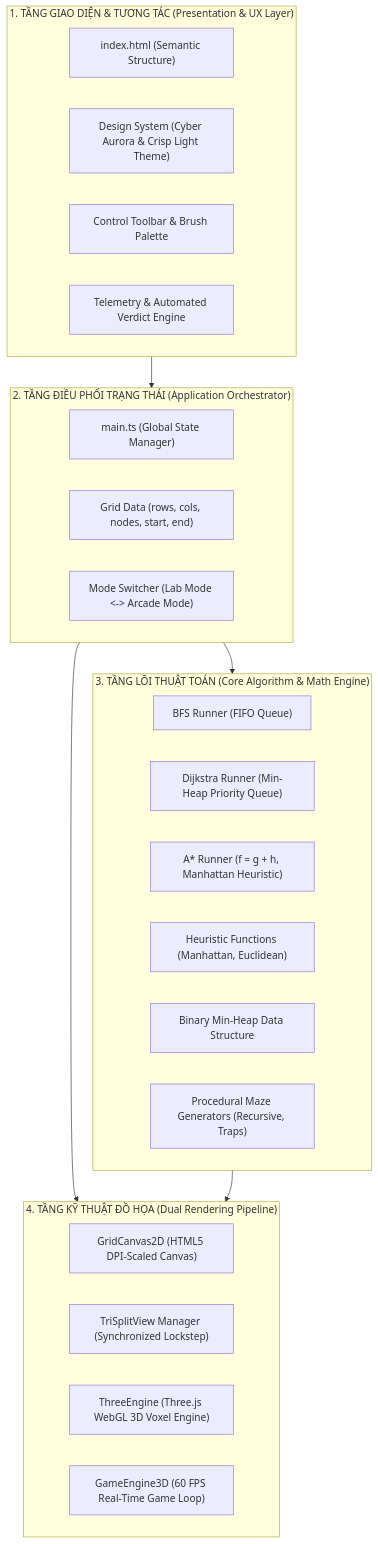
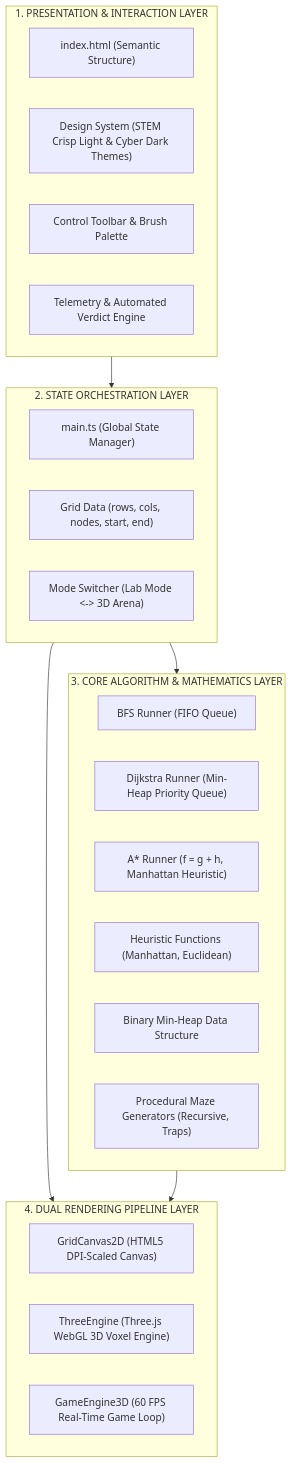
Before and after one commit to minhduc01168/pathfinding-visualizer-3d: the diagram in docs/01_SYSTEM_ARCHITECTURE.md, drawn with Mermaid. The commit also changed 1 other file, not shown here.

Commit message:
docs: standardize Mermaid diagrams to English and fix rendering syntax errors

````diff
--- a/docs/01_SYSTEM_ARCHITECTURE.md
+++ b/docs/01_SYSTEM_ARCHITECTURE.md
@@ -30,36 +30,35 @@
 ```mermaid
-graph TD
-    subgraph UI_Layer["1. TẦNG GIAO DIỆN & TƯƠNG TÁC (Presentation & UX Layer)"]
+flowchart TD
+    subgraph UI_Layer["1. PRESENTATION & INTERACTION LAYER"]
         HTML["index.html (Semantic Structure)"]
-        CSS["Design System (Cyber Aurora & Crisp Light Theme)"]
+        CSS["Design System (STEM Crisp Light & Cyber Dark Themes)"]
         Toolbar["Control Toolbar & Brush Palette"]
         Dashboard["Telemetry & Automated Verdict Engine"]
     end
 
-    subgraph State_Layer["2. TẦNG ĐIỀU PHỐI TRẠNG THÁI (Application Orchestrator)"]
+    subgraph State_Layer["2. STATE ORCHESTRATION LAYER"]
         Main["main.ts (Global State Manager)"]
         GridState["Grid Data (rows, cols, nodes, start, end)"]
-        ModeSwitcher["Mode Switcher (Lab Mode <-> Arcade Mode)"]
+        ModeSwitcher["Mode Switcher (Lab Mode <-> 3D Arena)"]
     end
 
-    subgraph Engine_Layer["3. TẦNG LÕI THUẬT TOÁN (Core Algorithm & Math Engine)"]
+    subgraph Engine_Layer["3. CORE ALGORITHM & MATHEMATICS LAYER"]
         BFS["BFS Runner (FIFO Queue)"]
         Dijkstra["Dijkstra Runner (Min-Heap Priority Queue)"]
         AStar["A* Runner (f = g + h, Manhattan Heuristic)"]
         Heuristics["Heuristic Functions (Manhattan, Euclidean)"]
         MinHeap["Binary Min-Heap Data Structure"]
         MazeGen["Procedural Maze Generators (Recursive, Traps)"]
     end
 
-    subgraph Render_Layer["4. TẦNG KỸ THUẬT ĐỒ HỌA (Dual Rendering Pipeline)"]
+    subgraph Render_Layer["4. DUAL RENDERING PIPELINE LAYER"]
         Canvas2D["GridCanvas2D (HTML5 DPI-Scaled Canvas)"]
-        TriSplit["TriSplitView Manager (Synchronized Lockstep)"]
         ThreeEngine["ThreeEngine (Three.js WebGL 3D Voxel Engine)"]
         GameEngine3D["GameEngine3D (60 FPS Real-Time Game Loop)"]
     end
 
     UI_Layer --> State_Layer
     State_Layer --> Engine_Layer
     State_Layer --> Render_Layer
     Engine_Layer --> Render_Layer
 ```
````
